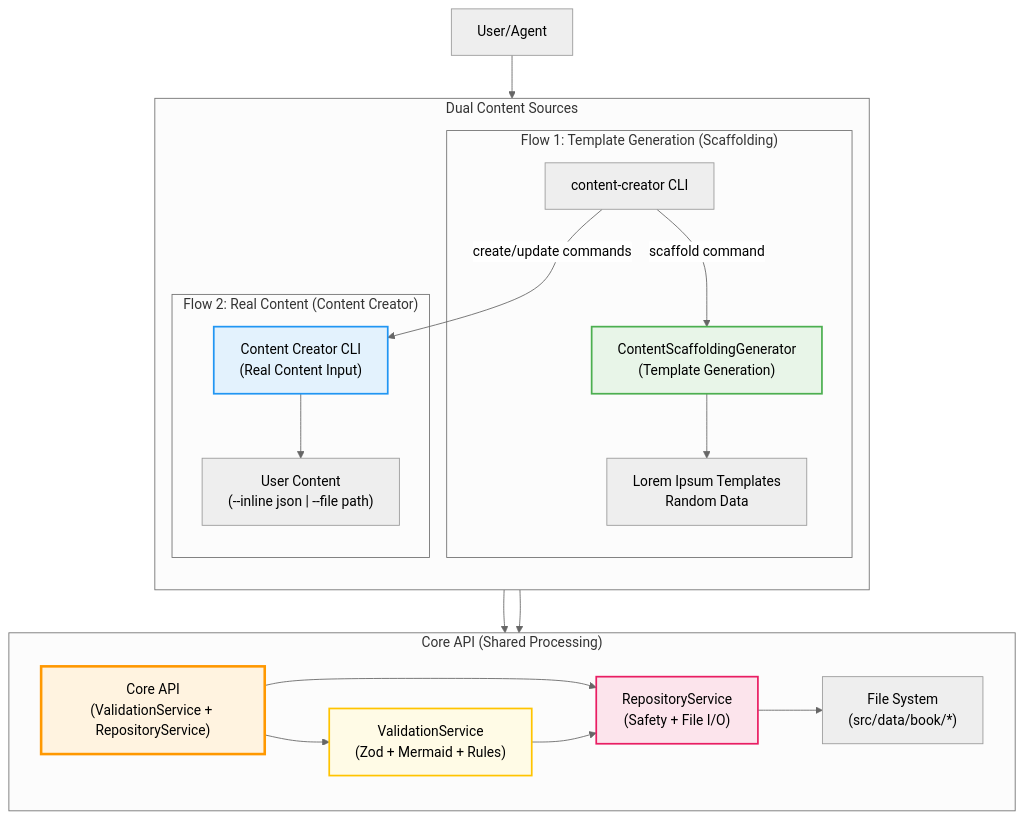
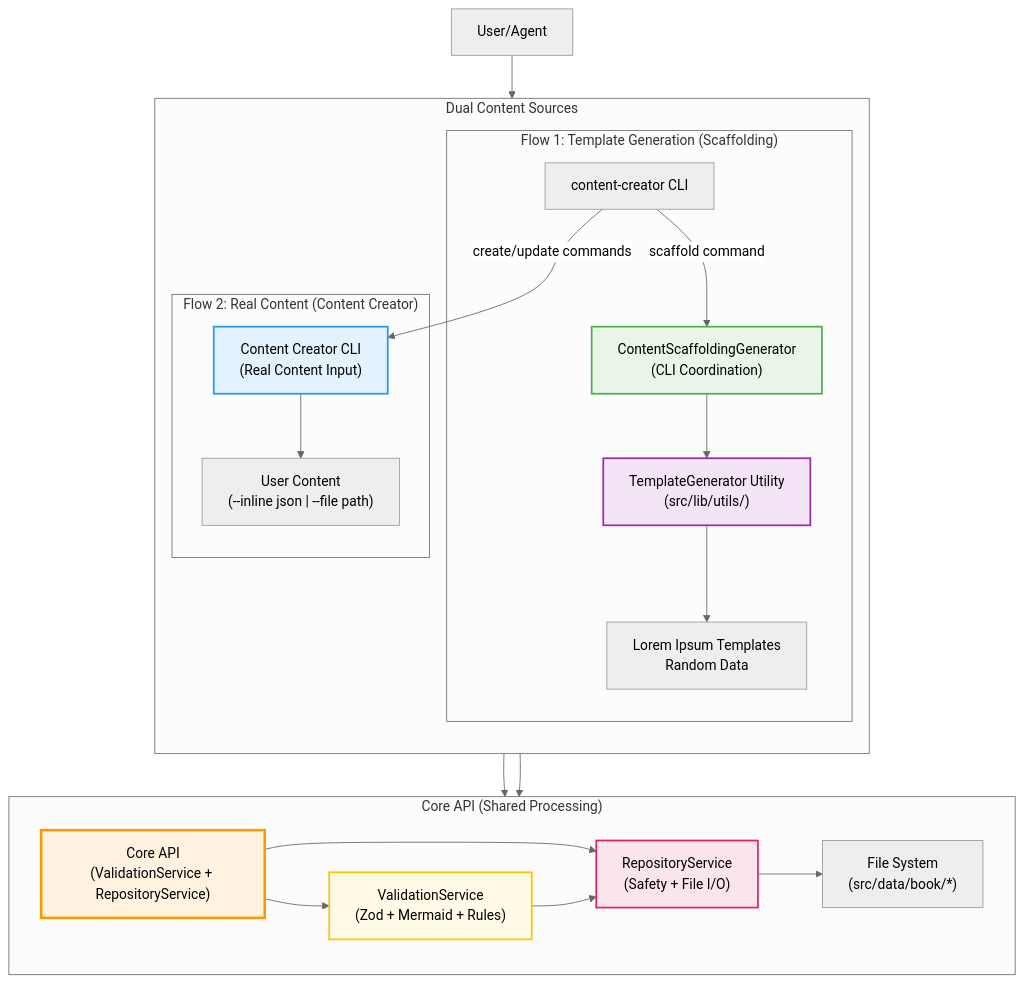
The first of 6 diagrams in PLAN-CONTENT-GENERATION.md (castocolina/learn-cloud), drawn with Mermaid (neutral theme) before and after one commit. The commit also changed other lines of this file and 12 other files, not shown here.

First line of the commit message:
feat: (Task 3F2) Add comprehensive test suite for Content Creator CLI and refactor Content Scaffolding tests

````diff
--- a/PLAN-CONTENT-GENERATION.md
+++ b/PLAN-CONTENT-GENERATION.md
@@ -11,35 +11,37 @@
 ```mermaid
 flowchart TB
     User["User/Agent"] --> CLI["content-creator CLI"]
 
     subgraph "Dual Content Sources"
         direction TB
 
         subgraph "Flow 1: Template Generation (Scaffolding)"
-            CLI -- "scaffold command" --> ScaffoldGen["ContentScaffoldingGenerator<br/>(Template Generation)"]
-            ScaffoldGen --> TemplateContent["Lorem Ipsum Templates<br/>Random Data"]
+            CLI -- "scaffold command" --> ScaffoldGen["ContentScaffoldingGenerator<br/>(CLI Coordination)"]
+            ScaffoldGen --> TemplateUtil["TemplateGenerator Utility<br/>(src/lib/utils/)"]
+            TemplateUtil --> TemplateContent["Lorem Ipsum Templates<br/>Random Data"]
         end
 
         subgraph "Flow 2: Real Content (Content Creator)"
             CLI -- "create/update commands" --> ContentCreator["Content Creator CLI<br/>(Real Content Input)"]
             ContentCreator --> RealContent["User Content<br/>(--inline json | --file path)"]
         end
     end
 
     subgraph "Core API (Shared Processing)"
         direction LR
         TemplateContent --> CoreAPI["Core API<br/>(ValidationService + RepositoryService)"]
         RealContent --> CoreAPI
         CoreAPI --> VS["ValidationService<br/>(Zod + Mermaid + Rules)"]
         CoreAPI --> RS["RepositoryService<br/>(Safety + File I/O)"]
         VS --> RS
         RS --> FileSystem["File System<br/>(src/data/book/*)"]
     end
 
     %% Styling
     style ScaffoldGen fill:#e8f5e8,stroke:#4caf50,stroke-width:2px
+    style TemplateUtil fill:#f3e5f5,stroke:#9c27b0,stroke-width:2px
     style ContentCreator fill:#e3f2fd,stroke:#2196f3,stroke-width:2px
     style CoreAPI fill:#fff3e0,stroke:#ff9800,stroke-width:3px
     style VS fill:#fffbe6,stroke:#ffc400,stroke-width:2px
     style RS fill:#fce4ec,stroke:#e91e63,stroke-width:2px
 ```
````
